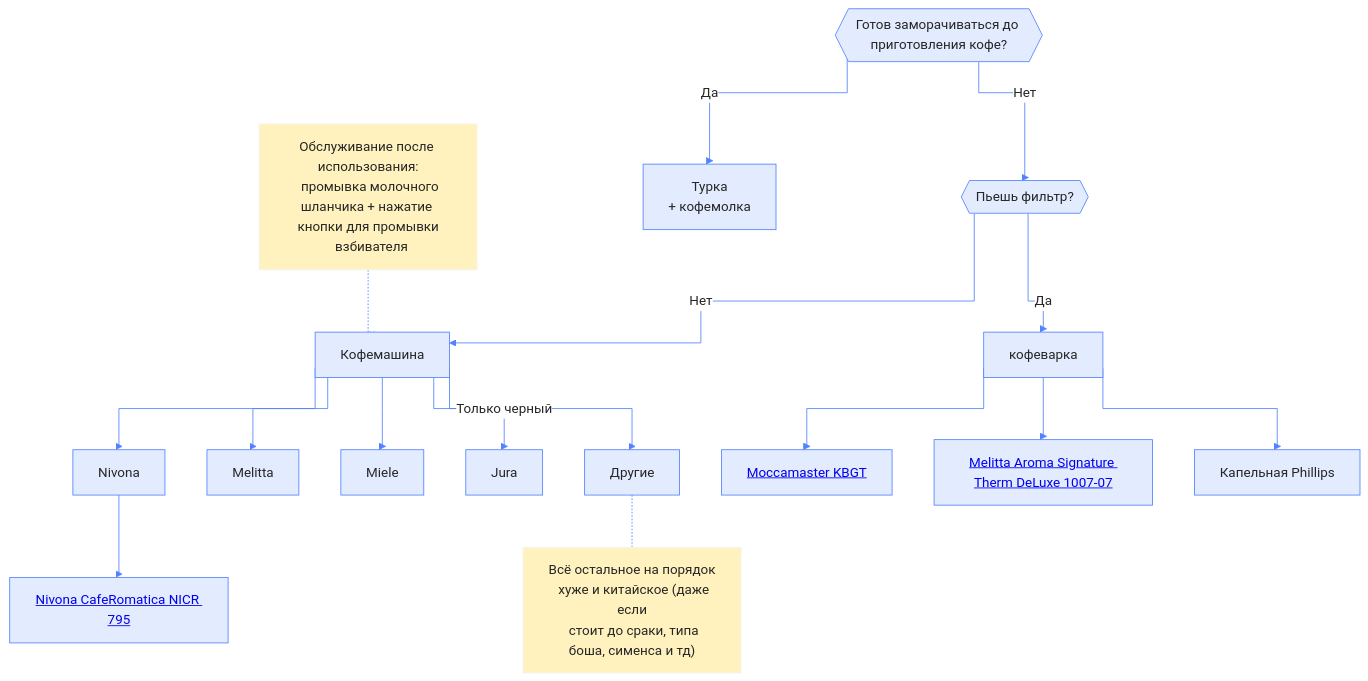
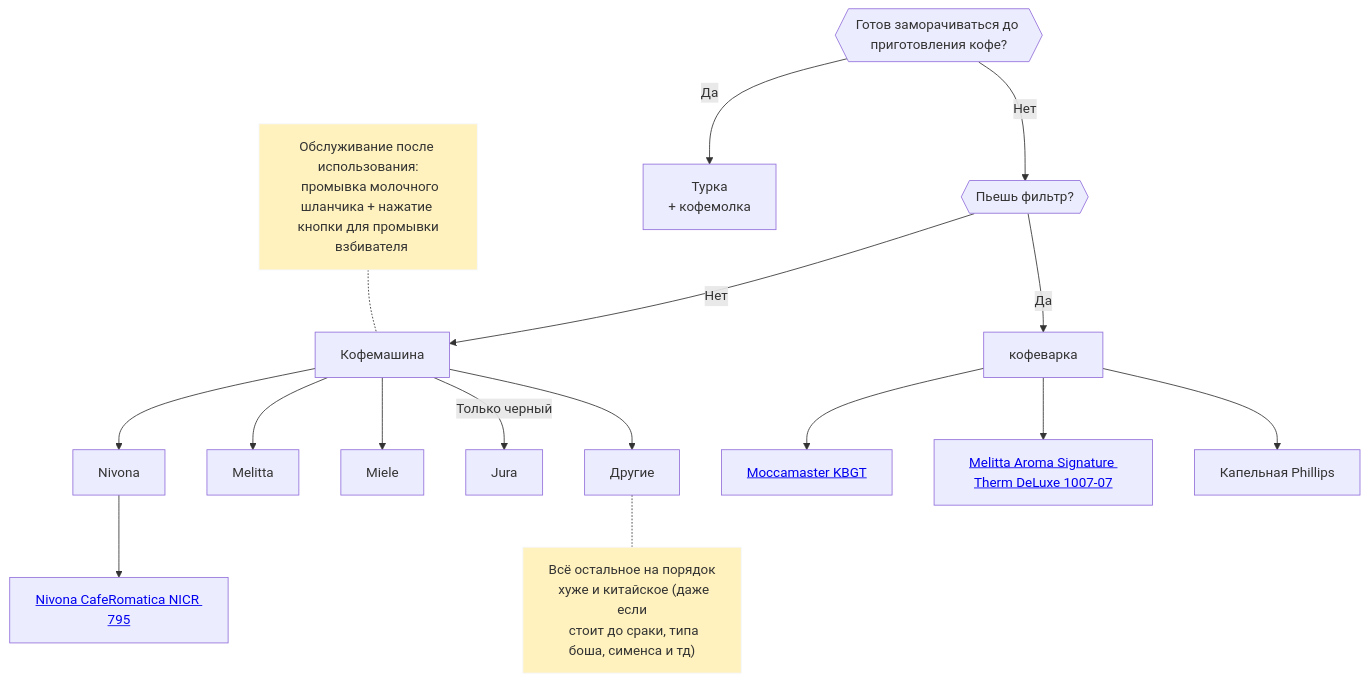
One commit to coffepath/coffepath.github.io changed the diagram in readme.md. Above: the diagram before and after it, drawn with Mermaid.

````diff
--- a/readme.md
+++ b/readme.md
@@ -3,19 +3,4 @@
 ```mermaid
-%%{
-  init: {
-    'flowchart': { 'curve': 'stepBefore' },
-    'theme': 'base',
-    'themeVariables': {
-      'primaryColor': '#E3EBFF',
-      'primaryTextColor': '#262626',
-      'primaryBorderColor': '#5282FF',
-      'lineColor': '#5282FF',
-      'secondaryColor': '#FFF',
-      'clusterBkg': '#FFF',
-      'clusterBorder': '#5282FF'
-    }
-  }
-}%%
 
 flowchart TD
     classDef noteStyle fill:#FFF2BF, stroke:#F4F7FF, stroke-width:1px;
````
